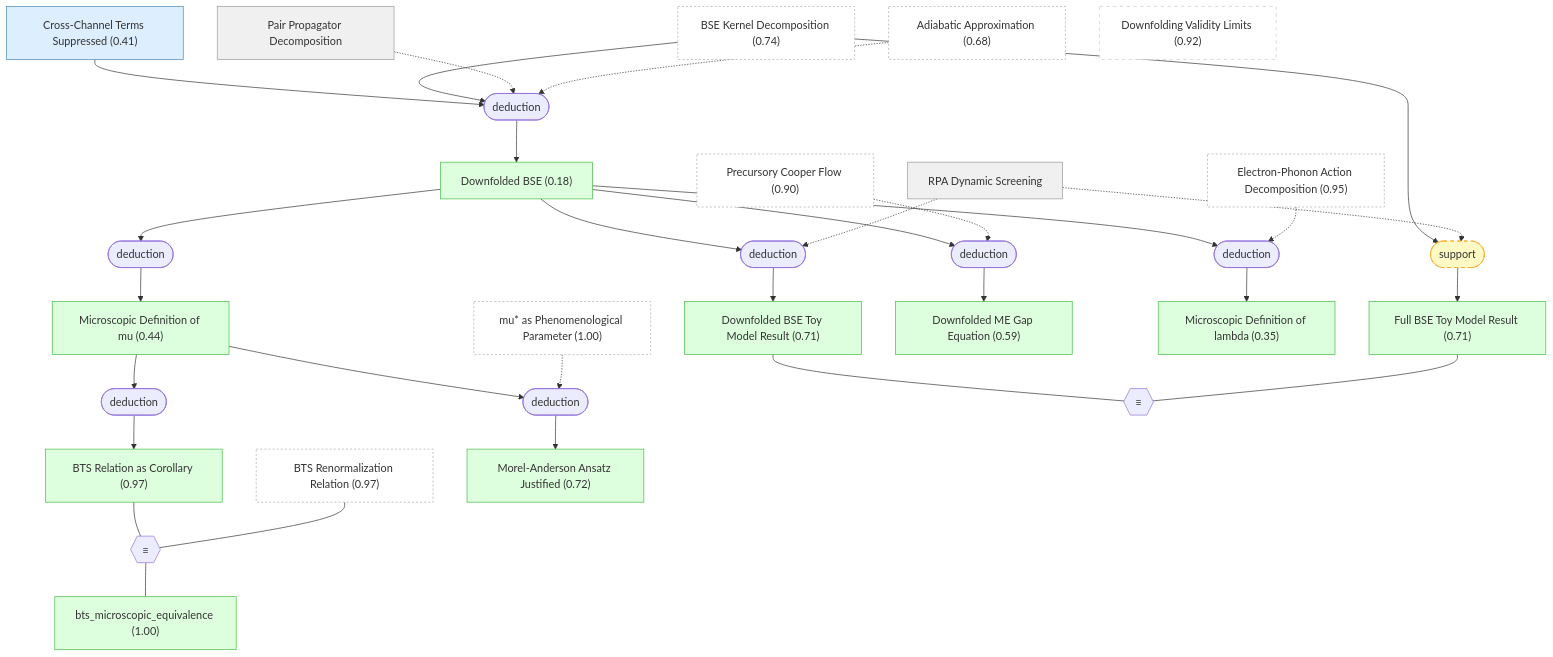
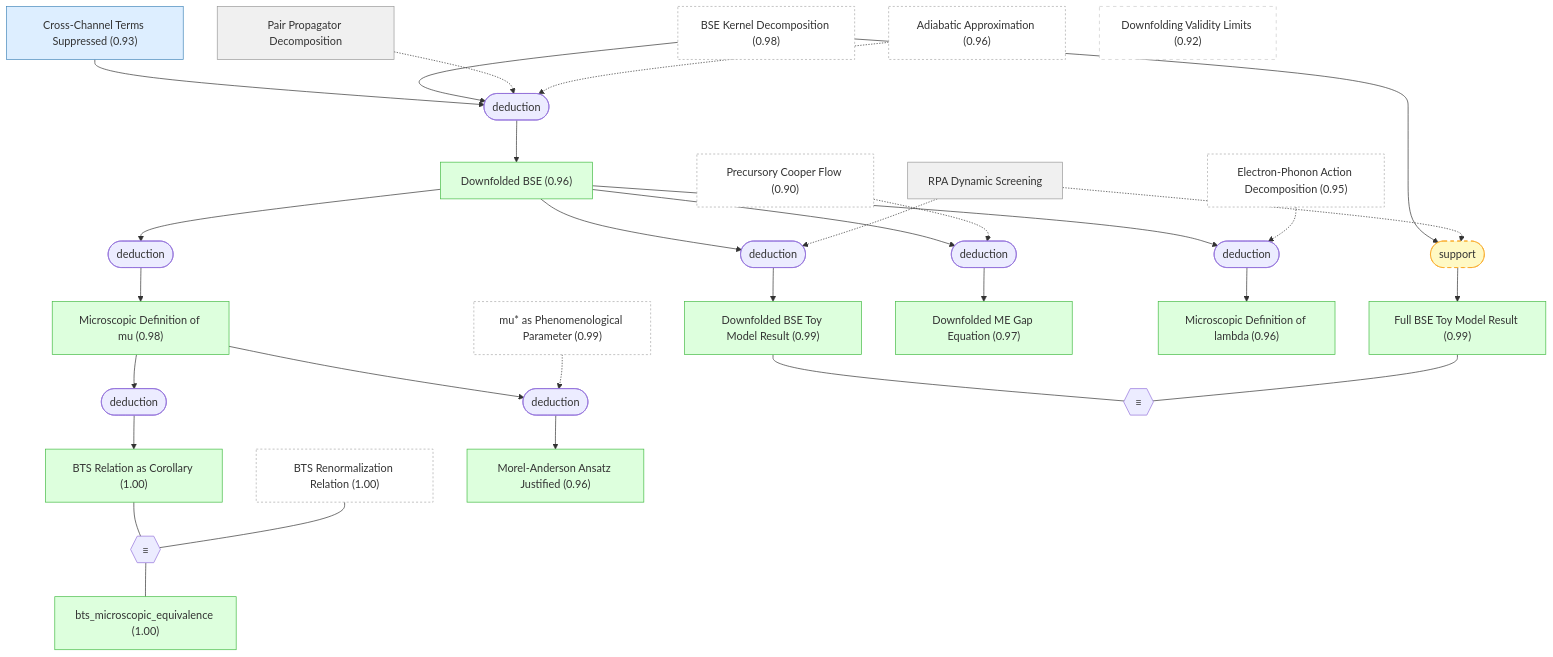
Before and after one commit to kunyuan/SuperconductivityElectronLiquids.gaia: the third of 6 diagrams in docs/detailed-reasoning.md, drawn with Mermaid. The commit also changed other lines of this file and 44 other files, not shown here.

````diff
--- a/docs/detailed-reasoning.md
+++ b/docs/detailed-reasoning.md
@@ -277,71 +277,71 @@
 ```mermaid
 graph TD
-    adiabatic_approx["Adiabatic Approximation (0.68)"]:::external
-    bts_renormalization["BTS Renormalization Relation (0.97)"]:::external
-    mu_star_phenomenological["mu#ast; as Phenomenological Parameter (1.00)"]:::external
+    adiabatic_approx["Adiabatic Approximation (0.96)"]:::external
+    bts_renormalization["BTS Renormalization Relation (1.00)"]:::external
+    mu_star_phenomenological["mu#ast; as Phenomenological Parameter (0.99)"]:::external
     electron_phonon_action["Electron-Phonon Action Decomposition (0.95)"]:::external
-    bse_kernel_decomposition["BSE Kernel Decomposition (0.74)"]:::external
+    bse_kernel_decomposition["BSE Kernel Decomposition (0.98)"]:::external
     precursory_cooper_flow["Precursory Cooper Flow (0.90)"]:::external
     pair_propagator_decomposition["Pair Propagator Decomposition"]:::setting
-    cross_term_suppressed["Cross-Channel Terms Suppressed (0.41)"]:::premise
+    cross_term_suppressed["Cross-Channel Terms Suppressed (0.93)"]:::premise
     rpa_dynamic_screening["RPA Dynamic Screening"]:::setting
-    full_bse_toy_model["Full BSE Toy Model Result (0.71)"]:::derived
-    downfolded_bse_toy_model["Downfolded BSE Toy Model Result (0.71)"]:::derived
+    full_bse_toy_model["Full BSE Toy Model Result (0.99)"]:::derived
+    downfolded_bse_toy_model["Downfolded BSE Toy Model Result (0.99)"]:::derived
     downfolding_validity_limits["Downfolding Validity Limits (0.92)"]:::orphan
-    downfolded_bse["Downfolded BSE (0.18)"]:::derived
-    downfolded_me_equation["Downfolded ME Gap Equation (0.59)"]:::derived
-    lambda_microscopic_definition["Microscopic Definition of lambda (0.35)"]:::derived
-    mu_microscopic_definition["Microscopic Definition of mu (0.44)"]:::derived
-    mu_scale_independence["BTS Relation as Corollary (0.97)"]:::derived
+    downfolded_bse["Downfolded BSE (0.96)"]:::derived
+    downfolded_me_equation["Downfolded ME Gap Equation (0.97)"]:::derived
+    lambda_microscopic_definition["Microscopic Definition of lambda (0.96)"]:::derived
+    mu_microscopic_definition["Microscopic Definition of mu (0.98)"]:::derived
+    mu_scale_independence["BTS Relation as Corollary (1.00)"]:::derived
     bts_microscopic_equivalence["bts_microscopic_equivalence (1.00)"]:::derived
-    ma_pseudopotential_justified["Morel-Anderson Ansatz Justified (0.72)"]:::derived
+    ma_pseudopotential_justified["Morel-Anderson Ansatz Justified (0.96)"]:::derived
     strat_2(["support"]):::weak
     bse_kernel_decomposition --> strat_2
     rpa_dynamic_screening -.-> strat_2
     strat_2 --> full_bse_toy_model
     strat_3(["deduction"])
     cross_term_suppressed --> strat_3
     bse_kernel_decomposition --> strat_3
     pair_propagator_decomposition -.-> strat_3
     adiabatic_approx -.-> strat_3
     strat_3 --> downfolded_bse
     strat_4(["deduction"])
     downfolded_bse --> strat_4
     rpa_dynamic_screening -.-> strat_4
     strat_4 --> downfolded_bse_toy_model
     strat_5(["deduction"])
     downfolded_bse --> strat_5
     precursory_cooper_flow -.-> strat_5
     strat_5 --> downfolded_me_equation
     strat_6(["deduction"])
     downfolded_bse --> strat_6
     electron_phonon_action -.-> strat_6
     strat_6 --> lambda_microscopic_definition
     strat_7(["deduction"])
     downfolded_bse --> strat_7
     strat_7 --> mu_microscopic_definition
     strat_8(["deduction"])
     mu_microscopic_definition --> strat_8
     strat_8 --> mu_scale_independence
     strat_9(["deduction"])
     mu_microscopic_definition --> strat_9
     mu_star_phenomenological -.-> strat_9
     strat_9 --> ma_pseudopotential_justified
     oper_0{{"≡"}}
     downfolded_bse_toy_model --- oper_0
     full_bse_toy_model --- oper_0
     oper_1{{"≡"}}
     mu_scale_independence --- oper_1
     bts_renormalization --- oper_1
     oper_1 --- bts_microscopic_equivalence
 
     classDef setting fill:#f0f0f0,stroke:#999,color:#333
     classDef premise fill:#ddeeff,stroke:#4488bb,color:#333
     classDef derived fill:#ddffdd,stroke:#44bb44,color:#333
     classDef question fill:#fff3dd,stroke:#cc9944,color:#333
     classDef background fill:#f5f5f5,stroke:#bbb,stroke-dasharray: 5 5,color:#333
     classDef orphan fill:#fff,stroke:#ccc,stroke-dasharray: 5 5,color:#333
     classDef external fill:#fff,stroke:#aaa,stroke-dasharray: 3 3,color:#333
     classDef weak fill:#fff9c4,stroke:#f9a825,stroke-dasharray: 5 5,color:#333
     classDef contra fill:#ffebee,stroke:#c62828,color:#333
 ```
````
